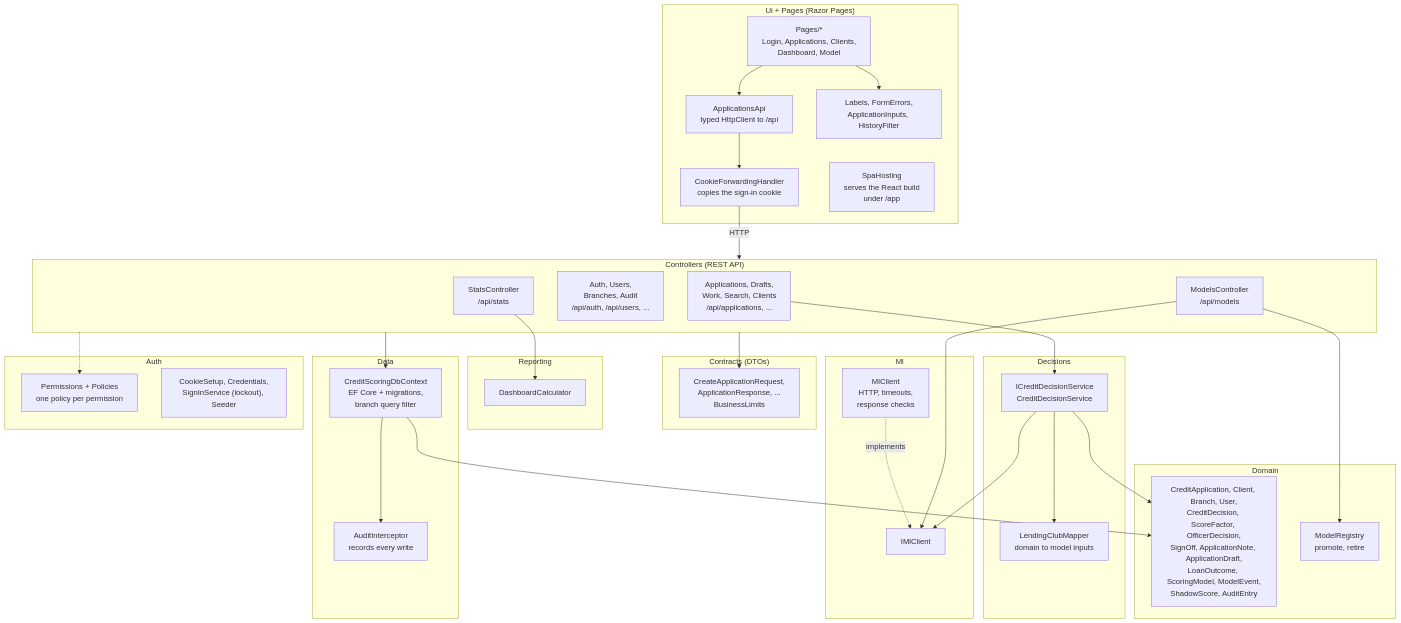
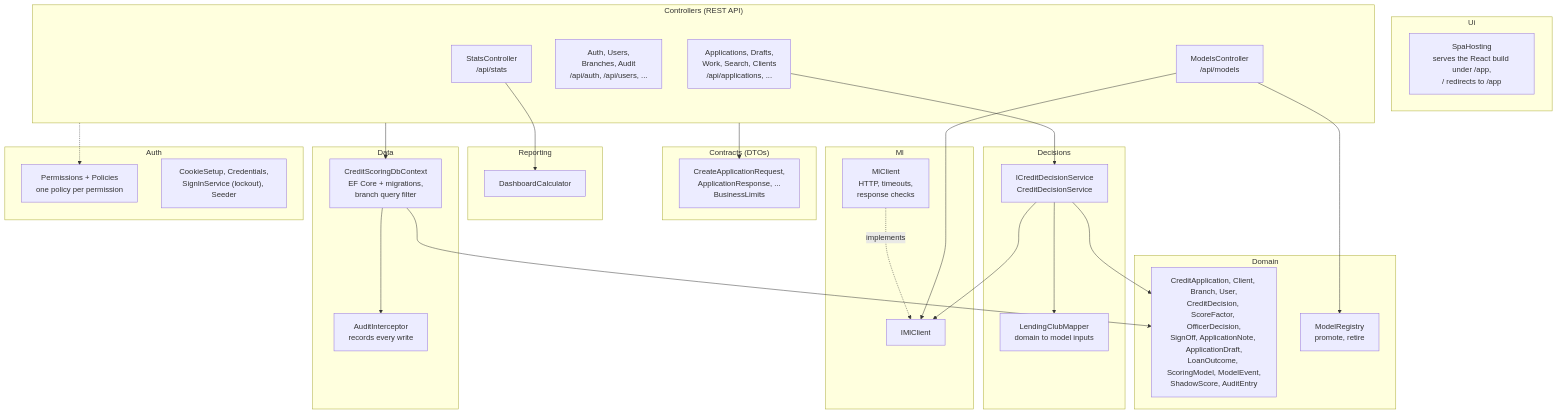
One commit to dejan3dejan/credit-scoring-dss changed the diagram in architecture/03-backend-components.md. Above: the diagram before and after it, drawn with Mermaid. The commit also changed other lines of this file and 19 other files, not shown here.

Commit message:
Show the system without the Razor pages in the diagrams and add the anonymisation flow images

````diff
--- a/architecture/03-backend-components.md
+++ b/architecture/03-backend-components.md
@@ -5,67 +5,60 @@
 ```mermaid
 flowchart TB
-    subgraph ui["Ui + Pages (Razor Pages)"]
-        pagesC["Pages/*<br/>Login, Applications, Clients,<br/>Dashboard, Model"]
-        appsApi["ApplicationsApi<br/>typed HttpClient to /api"]
-        fwd["CookieForwardingHandler<br/>copies the sign-in cookie"]
-        helpers["Labels, FormErrors,<br/>ApplicationInputs, HistoryFilter"]
-        spaHost["SpaHosting<br/>serves the React build<br/>under /app"]
-        pagesC --> appsApi --> fwd
-        pagesC --> helpers
+    subgraph ui["Ui"]
+        spaHost["SpaHosting<br/>serves the React build under /app,<br/>/ redirects to /app"]
     end
 
     subgraph controllers["Controllers (REST API)"]
         appsCtl["Applications, Drafts,<br/>Work, Search, Clients<br/>/api/applications, ..."]
         adminCtl["Auth, Users,<br/>Branches, Audit<br/>/api/auth, /api/users, ..."]
         modelsCtl["ModelsController<br/>/api/models"]
         statsCtl["StatsController<br/>/api/stats"]
     end
 
     subgraph contracts["Contracts (DTOs)"]
         dtos["CreateApplicationRequest,<br/>ApplicationResponse, ...<br/>BusinessLimits"]
     end
 
     subgraph decisions["Decisions"]
         svc["ICreditDecisionService<br/>CreditDecisionService"]
         mapper["LendingClubMapper<br/>domain to model inputs"]
         svc --> mapper
     end
 
     subgraph domain["Domain"]
         entities["CreditApplication, Client, Branch, User,<br/>CreditDecision, ScoreFactor, OfficerDecision,<br/>SignOff, ApplicationNote, ApplicationDraft,<br/>LoanOutcome, ScoringModel, ModelEvent,<br/>ShadowScore, AuditEntry"]
         registry["ModelRegistry<br/>promote, retire"]
     end
 
     subgraph ml["Ml"]
         imlclient["IMlClient"]
         mlclient["MlClient<br/>HTTP, timeouts,<br/>response checks"]
         mlclient -. implements .-> imlclient
     end
 
     subgraph reporting["Reporting"]
         dash["DashboardCalculator"]
     end
 
     subgraph data["Data"]
         dbctx["CreditScoringDbContext<br/>EF Core + migrations,<br/>branch query filter"]
         auditI["AuditInterceptor<br/>records every write"]
         dbctx --> auditI
     end
 
     subgraph auth["Auth"]
         policies["Permissions + Policies<br/>one policy per permission"]
         cookie["CookieSetup, Credentials,<br/>SignInService (lockout), Seeder"]
     end
 
-    fwd -- HTTP --> controllers
     controllers --> dtos
     appsCtl --> svc
     modelsCtl --> registry
     modelsCtl --> imlclient
     statsCtl --> dash
     svc --> imlclient
     svc --> entities
     controllers --> dbctx
     dbctx --> entities
     controllers -.-> policies
 ```
````
